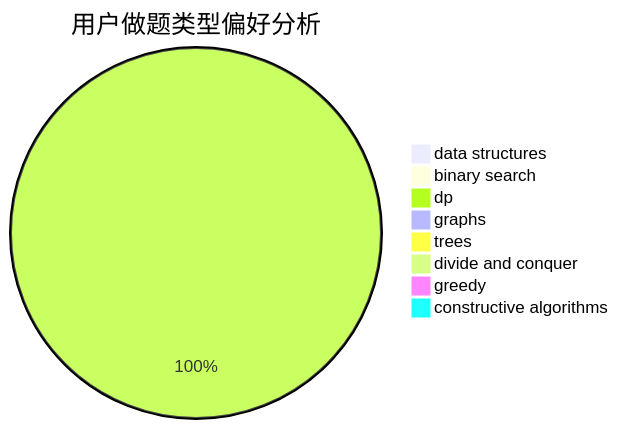
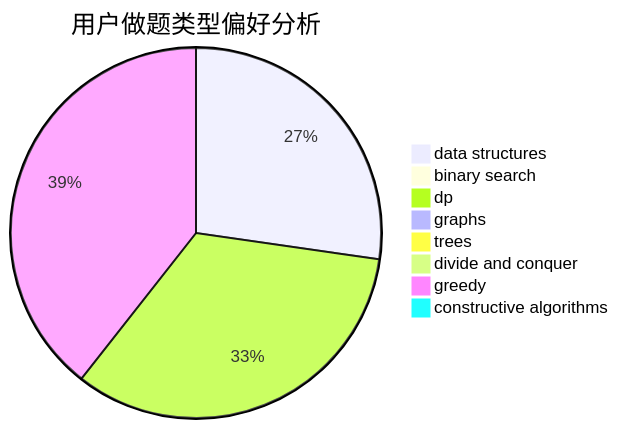
One commit to sherpahu/cfrs.github.io changed the second of 3 diagrams in docs/user/u443.md. Above: the diagram before and after it, drawn with Mermaid. The commit also changed other lines of this file and 2770 other files, not shown here.

````diff
--- a/docs/user/u443.md
+++ b/docs/user/u443.md
@@ -23,11 +23,11 @@
 ```mermaid
 pie title 用户做题类型偏好分析
-    "data structures" :  0
+    "data structures" :  9
     "binary search" :  0
-    "dp" :  1
+    "dp" :  11
     "graphs" :  0
     "trees" :  0
     "divide and conquer" :  0
-    "greedy" :  0
+    "greedy" :  13
     "constructive algorithms" :  0
 ```
````
